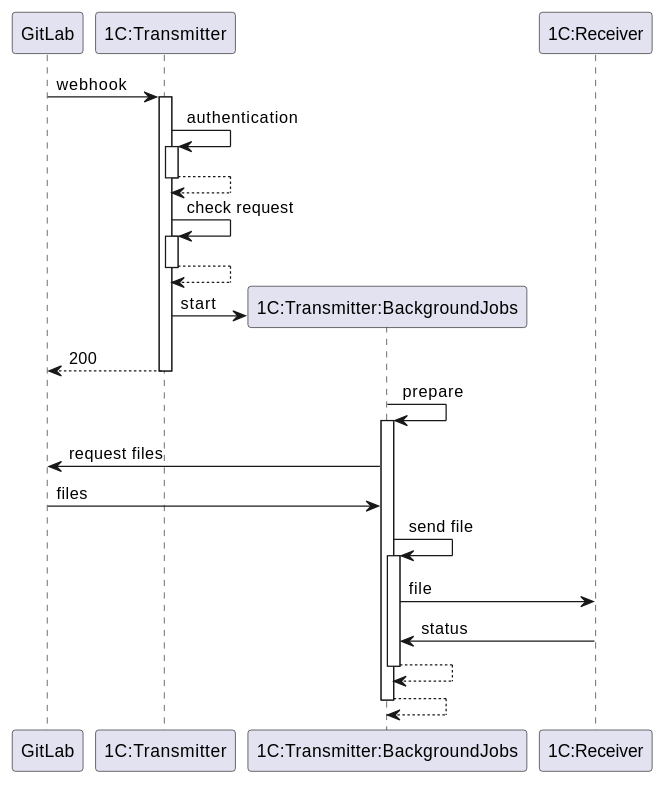
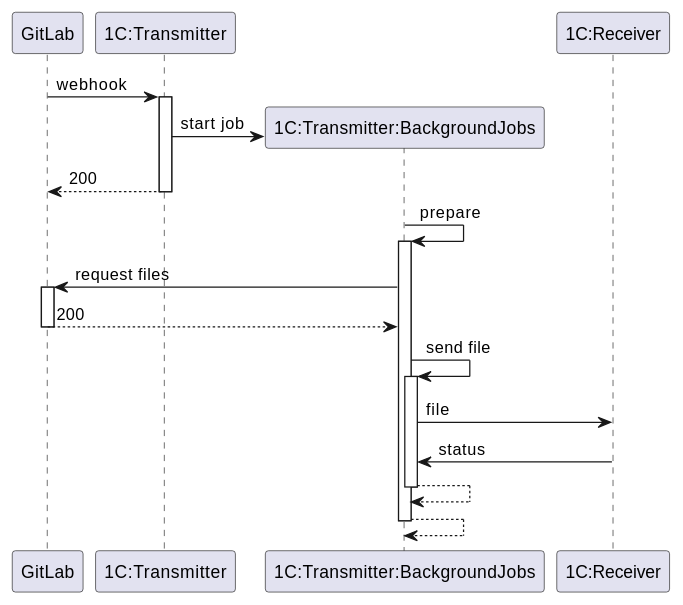
Before and after one commit to astrizhachuk/epf-transmitter: the diagram in README.md, drawn with PlantUML. The commit also changed 1 other file, not shown here.

Commit message:
Документация

````diff
--- a/README.md
+++ b/README.md
@@ -43,19 +43,15 @@
 ```plantuml
 @startuml
 GitLab -> "1C:Transmitter" ++ : webhook
-"1C:Transmitter" -> "1C:Transmitter" ++ : authentication
-return
-"1C:Transmitter" -> "1C:Transmitter" ++ : check request
-return
-"1C:Transmitter" -> "1C:Transmitter:BackgroundJobs" ** : start
+"1C:Transmitter" -> "1C:Transmitter:BackgroundJobs" ** : start job
 return 200
 "1C:Transmitter:BackgroundJobs" -> "1C:Transmitter:BackgroundJobs" ++ : prepare
-GitLab <- "1C:Transmitter:BackgroundJobs" : request files
-GitLab -> "1C:Transmitter:BackgroundJobs" : files
+GitLab <- "1C:Transmitter:BackgroundJobs" ++ : request files
+return 200
 "1C:Transmitter:BackgroundJobs" -> "1C:Transmitter:BackgroundJobs" ++ : send file
 "1C:Transmitter:BackgroundJobs" -> "1C:Receiver" : file
 "1C:Transmitter:BackgroundJobs" <- "1C:Receiver" : status
 return
 return
 @enduml
 ```
````
